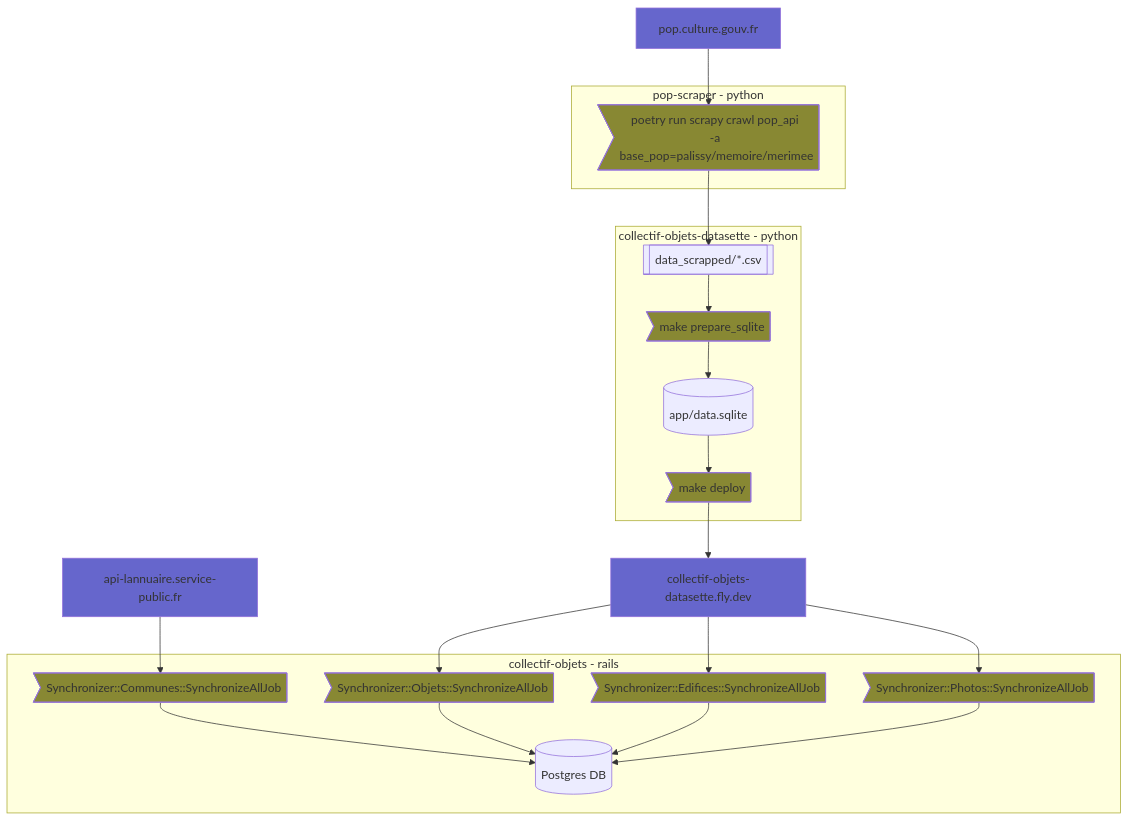
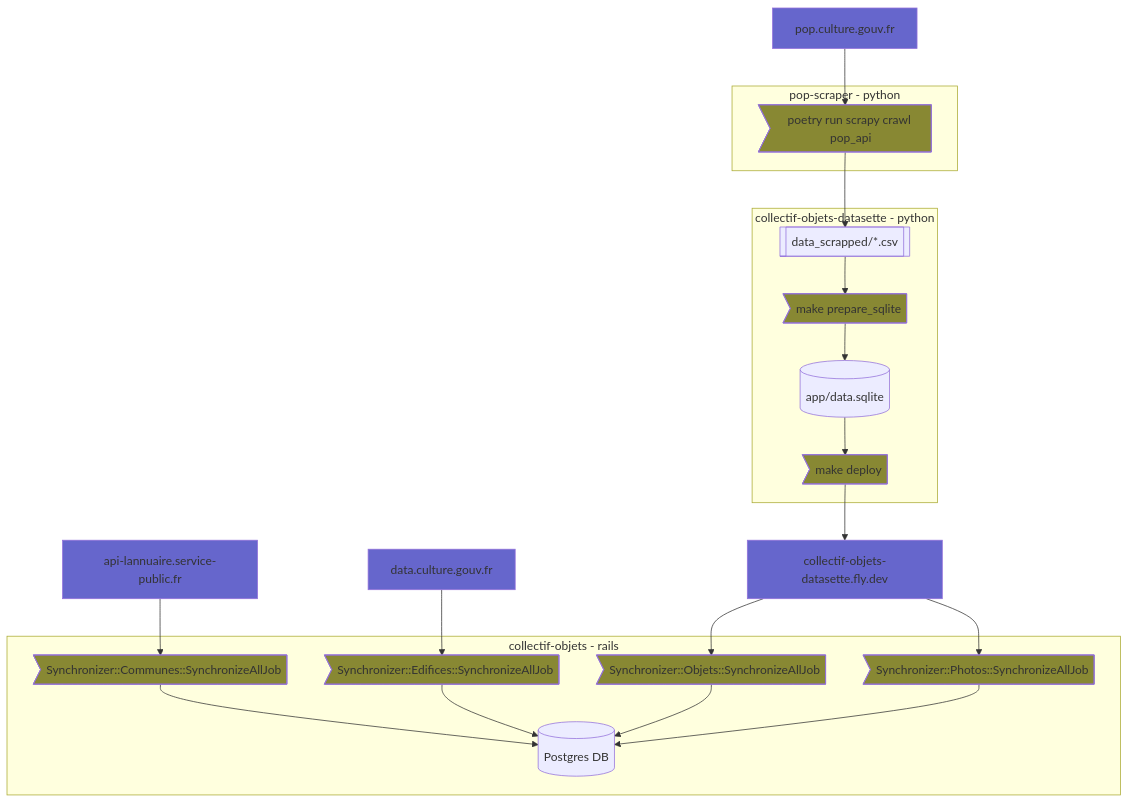
The third of 4 diagrams in README.md (betagouv/collectif-objets), drawn with Mermaid before and after one commit. The commit also changed 9 other files, not shown here.

First line of the commit message:
import des édifices depuis data.culture.gouv.fr (#1089)

````diff
--- a/README.md
+++ b/README.md
@@ -454,58 +454,60 @@
 ```mermaid
 flowchart TB
 
 api_service_public[api-lannuaire.service-public.fr]
+api_data_culture_gouv[data.culture.gouv.fr]
 pop[pop.culture.gouv.fr]
 fly[collectif-objets-datasette.fly.dev]
 
 
 subgraph scraper[pop-scraper - python]
-  scraper_run>poetry run scrapy crawl pop_api \n-a base_pop=palissy/memoire/merimee]
+  scraper_run>poetry run scrapy crawl pop_api]
 end
 
 subgraph datasette[collectif-objets-datasette - python]
   datasette_run_sqlite>make prepare_sqlite]
   datasette_run_deploy>make deploy]
   csvs[[data_scrapped/*.csv]]
   sqlite[(app/data.sqlite)]
 end
 
 subgraph rails[collectif-objets - rails]
   rails_run_edifices>Synchronizer::Edifices::SynchronizeAllJob]
   rails_run_objets>Synchronizer::Objets::SynchronizeAllJob]
   rails_run_communes>Synchronizer::Communes::SynchronizeAllJob]
   rails_run_photos>Synchronizer::Photos::SynchronizeAllJob]
   postgres[(Postgres DB)]
 end
 
 pop --> scraper_run
 scraper_run --> csvs
 
 csvs --> datasette_run_sqlite
 datasette_run_sqlite --> sqlite
 sqlite --> datasette_run_deploy
 datasette_run_deploy --> fly
 fly --> rails_run_objets
 rails_run_objets --> postgres
 
 api_service_public --> rails_run_communes
 rails_run_communes --> postgres
 
-fly --> rails_run_edifices
+api_data_culture_gouv --> rails_run_edifices
 rails_run_edifices --> postgres
 
 fly --> rails_run_photos
 rails_run_photos --> postgres
 
 style pop fill:#6666cc
 style fly fill:#6666cc
 style api_service_public fill:#6666cc
+style api_data_culture_gouv fill:#6666cc
 
 style datasette_run_sqlite fill:#888833
 style datasette_run_deploy fill:#888833
 style rails_run_objets fill:#888833
 style rails_run_communes fill:#888833
 style rails_run_edifices fill:#888833
 style rails_run_photos fill:#888833
 style scraper_run fill:#888833
 ```
````
